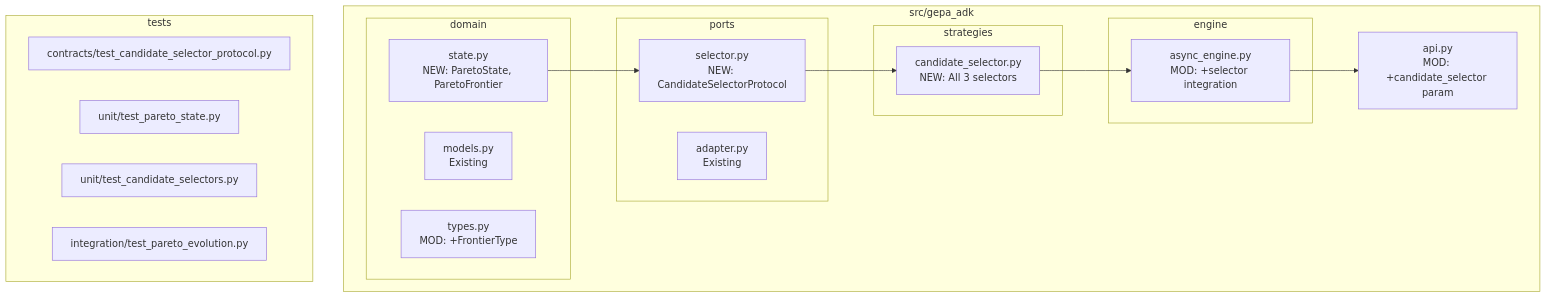
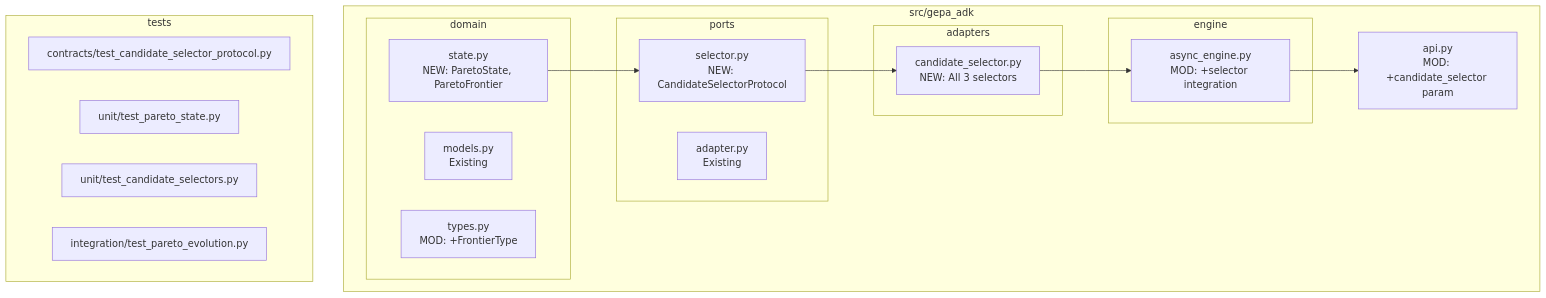
One commit to Alberto-Codes/gepa-adk changed diagram 13 of 13 in specs/022-pareto-frontier/architecture.md. Above: the diagram before and after it, drawn with Mermaid. The commit also changed other lines of this file, not shown here.

Commit message:
refactor(architecture): Rename select method to select_candidate in CandidateSelectorProtocol and update related references

````diff
--- a/specs/022-pareto-frontier/architecture.md
+++ b/specs/022-pareto-frontier/architecture.md
@@ -417,37 +417,37 @@
 ```mermaid
 flowchart TB
     subgraph src/gepa_adk
         subgraph domain
             D1[models.py<br/>Existing]
             D2[state.py<br/>NEW: ParetoState, ParetoFrontier]
             D3[types.py<br/>MOD: +FrontierType]
         end
 
         subgraph ports
             P1[adapter.py<br/>Existing]
             P2[selector.py<br/>NEW: CandidateSelectorProtocol]
         end
 
-        subgraph strategies
+        subgraph adapters
             S1[candidate_selector.py<br/>NEW: All 3 selectors]
         end
 
         subgraph engine
             E1[async_engine.py<br/>MOD: +selector integration]
         end
 
         API1[api.py<br/>MOD: +candidate_selector param]
     end
 
     subgraph tests
         T1[contracts/test_candidate_selector_protocol.py]
         T2[unit/test_pareto_state.py]
         T3[unit/test_candidate_selectors.py]
         T4[integration/test_pareto_evolution.py]
     end
 
     D2 --> P2
     P2 --> S1
     S1 --> E1
     E1 --> API1
 ```
````
